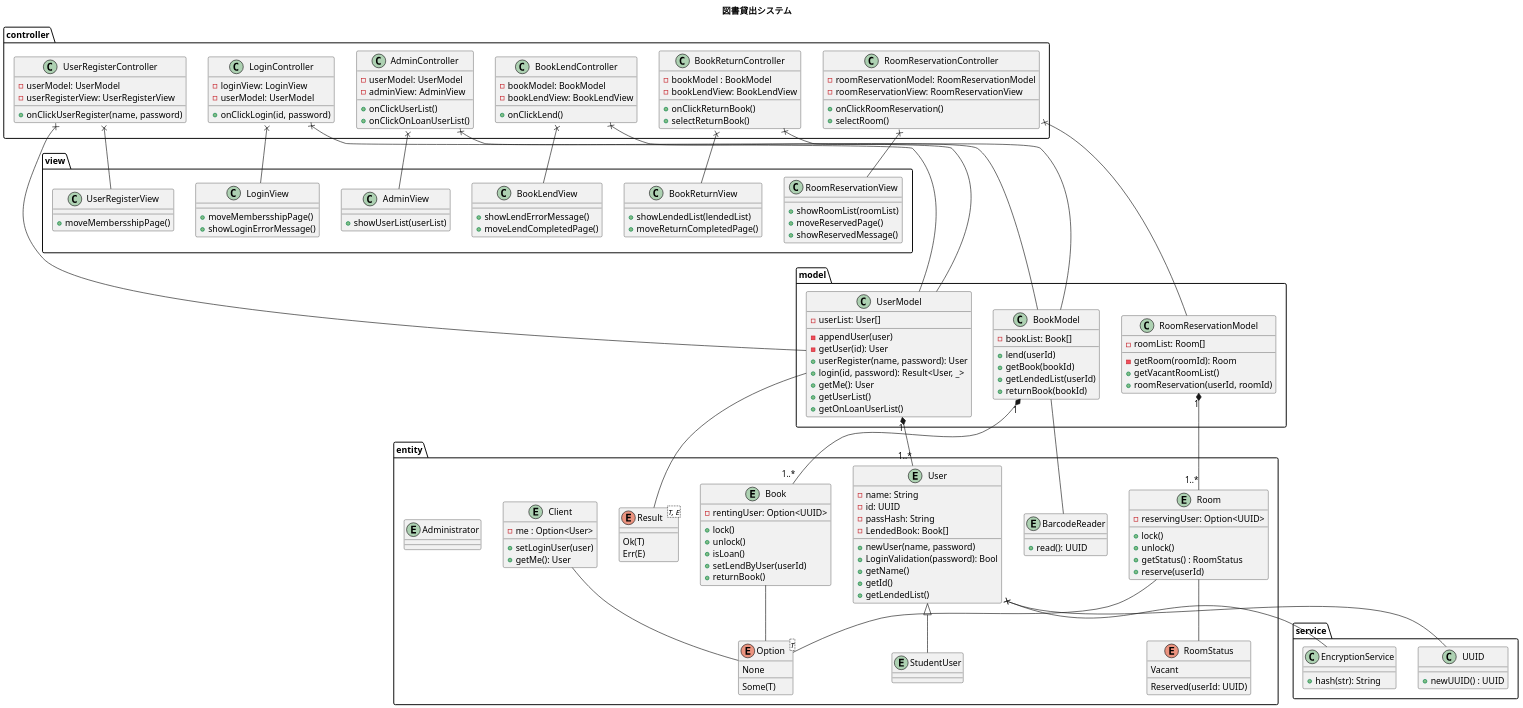
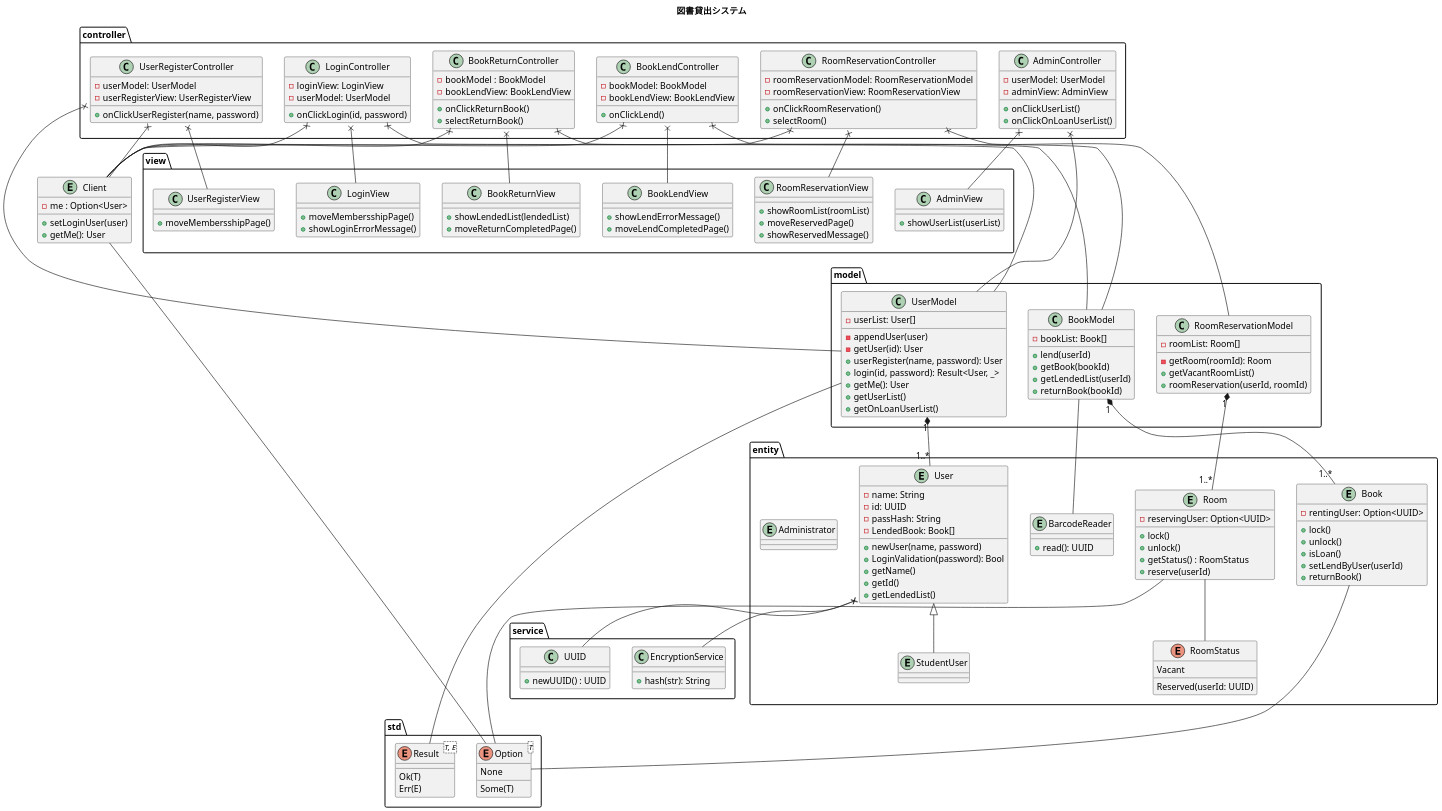
Before and after one commit to Romira915/AdvancedSoftwareEngineering3-Task: the diagram in class.pu, drawn with PlantUML.

Commit message:
modifiy: Clientの依存性を解消

```diff
--- a/class.pu
+++ b/class.pu
@@ -144,22 +144,6 @@
         +getLendedList()
     }
 
-    entity Client {
-        -me : Option<User>
-        +setLoginUser(user)
-        +getMe(): User
-    }
-
-    enum Result<T, E> {
-        Ok(T)
-        Err(E)
-    }
-
-    enum Option<T> {
-        None
-        Some(T)
-    }
-
     entity StudentUser
     User <|-- StudentUser
 
@@ -174,6 +158,24 @@
     class UUID {
         +newUUID() : UUID
     }
+}
+
+package std {
+    enum Result<T, E> {
+        Ok(T)
+        Err(E)
+    }
+
+    enum Option<T> {
+        None
+        Some(T)
+    }
+}
+
+entity Client {
+        -me : Option<User>
+        +setLoginUser(user)
+        +getMe(): User
 }
 
 UserModel "1" *-- "1..*" User
@@ -193,14 +195,21 @@
 AdminController x--- UserModel
 AdminController x-- AdminView
 
+UserRegisterController x-- Client
+LoginController x-- Client
+BookLendController x-- Client
+BookReturnController x-- Client
+RoomReservationController x-- Client
+
+
 User x-- EncryptionService
 User x-- UUID
 
 Room -- RoomStatus
-UserModel -- Result
-Client -- Option
-Book -- Option
-Room -- Option
+UserModel --- Result
+Client --- Option
+Book --- Option
+Room --- Option
 BookModel -- BarcodeReader
 
 @enduml
```
